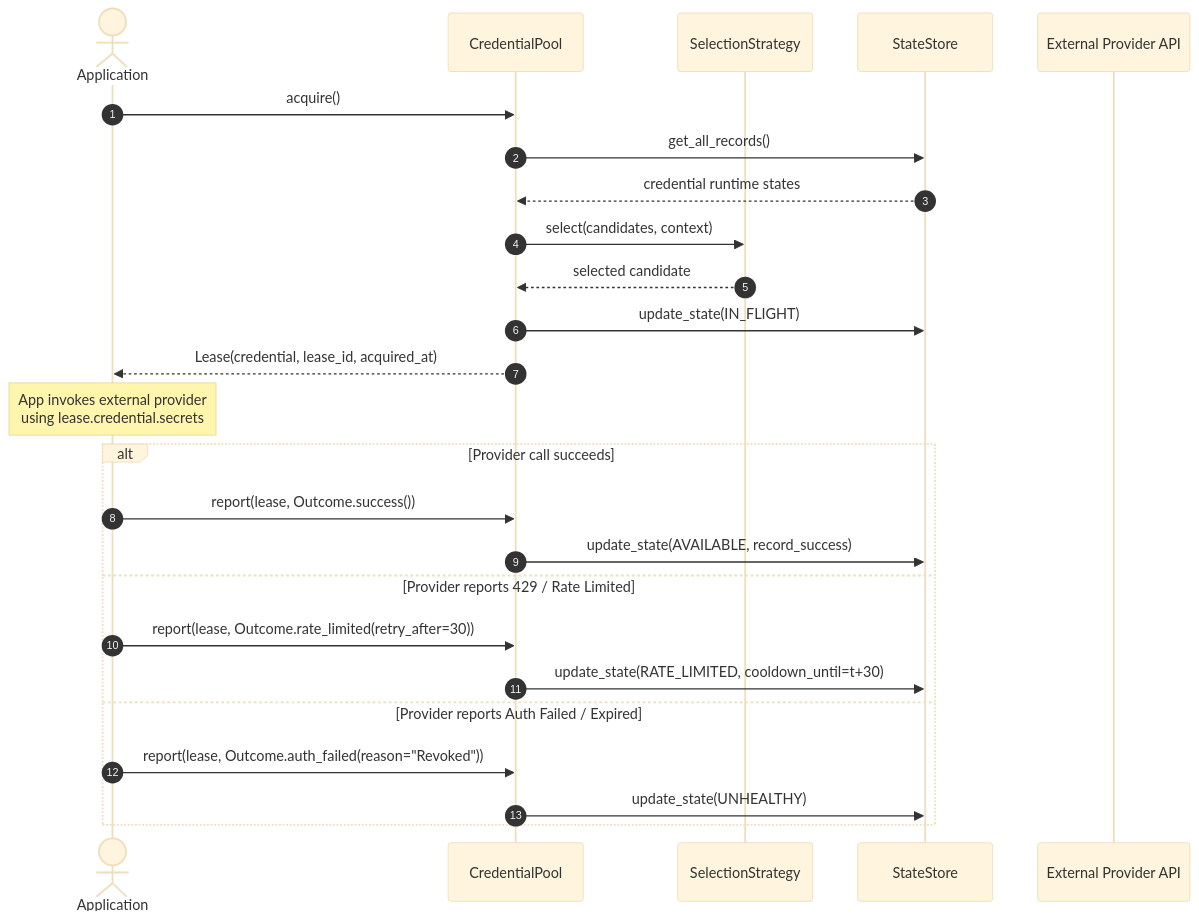
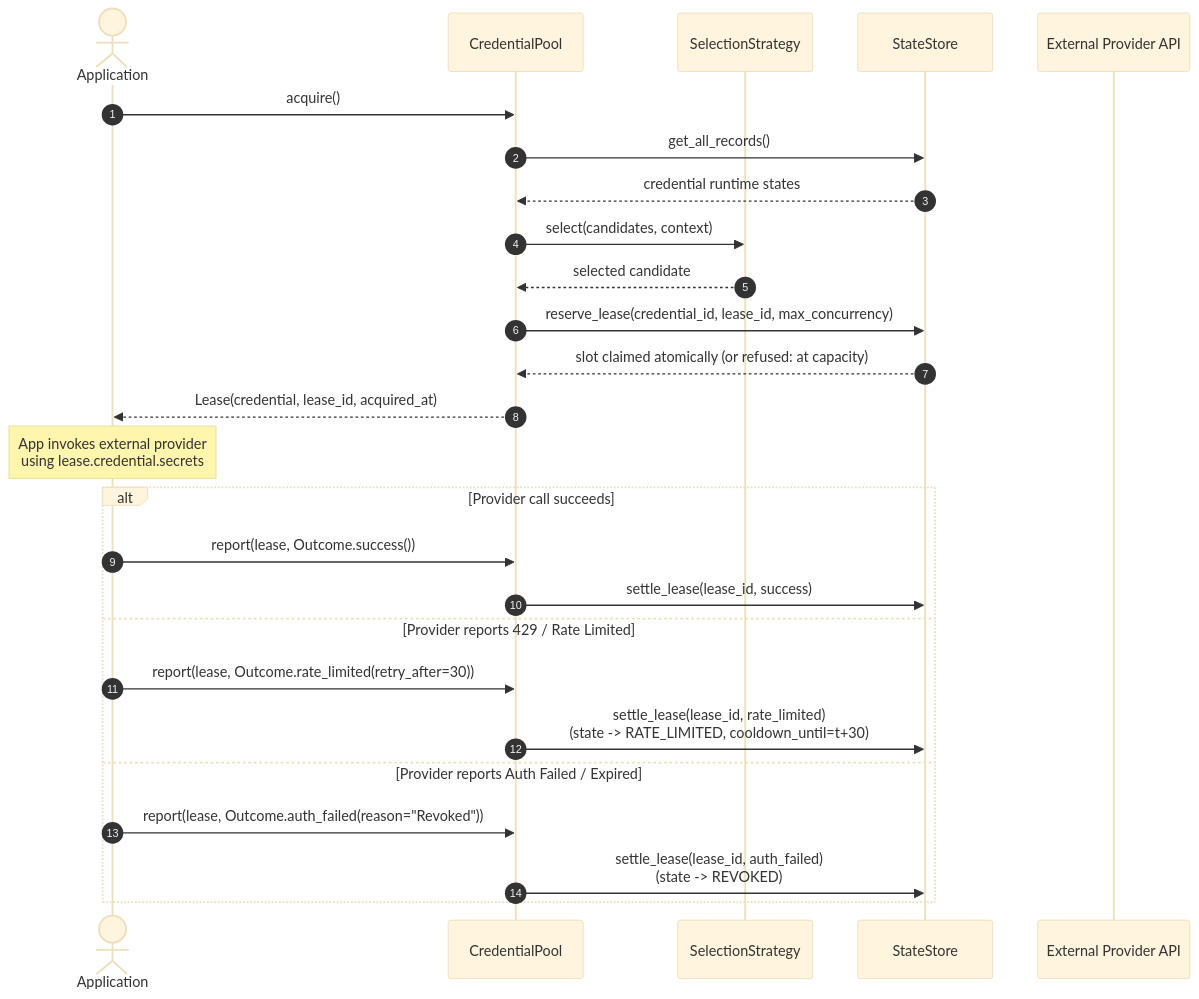
One commit to AmaLS367/CredWeave changed the first of 2 diagrams in docs/architecture/architecture.md. Above: the diagram before and after it, drawn with Mermaid (base theme). The commit also changed other lines of this file and 17 other files, not shown here.

````diff
--- a/docs/architecture/architecture.md
+++ b/docs/architecture/architecture.md
@@ -129,30 +129,31 @@
 ```mermaid
 sequenceDiagram
     autonumber
     actor App as Application
     participant Pool as CredentialPool
     participant Strategy as SelectionStrategy
     participant Store as StateStore
     participant Provider as External Provider API
 
     App->>Pool: acquire()
     Pool->>Store: get_all_records()
     Store-->>Pool: credential runtime states
     Pool->>Strategy: select(candidates, context)
     Strategy-->>Pool: selected candidate
-    Pool->>Store: update_state(IN_FLIGHT)
+    Pool->>Store: reserve_lease(credential_id, lease_id, max_concurrency)
+    Store-->>Pool: slot claimed atomically (or refused: at capacity)
     Pool-->>App: Lease(credential, lease_id, acquired_at)
 
     Note over App: App invokes external provider<br/>using lease.credential.secrets
 
     alt Provider call succeeds
         App->>Pool: report(lease, Outcome.success())
-        Pool->>Store: update_state(AVAILABLE, record_success)
+        Pool->>Store: settle_lease(lease_id, success)
     else Provider reports 429 / Rate Limited
         App->>Pool: report(lease, Outcome.rate_limited(retry_after=30))
-        Pool->>Store: update_state(RATE_LIMITED, cooldown_until=t+30)
+        Pool->>Store: settle_lease(lease_id, rate_limited)<br/>(state -> RATE_LIMITED, cooldown_until=t+30)
     else Provider reports Auth Failed / Expired
         App->>Pool: report(lease, Outcome.auth_failed(reason="Revoked"))
-        Pool->>Store: update_state(UNHEALTHY)
+        Pool->>Store: settle_lease(lease_id, auth_failed)<br/>(state -> REVOKED)
     end
 ```
````
